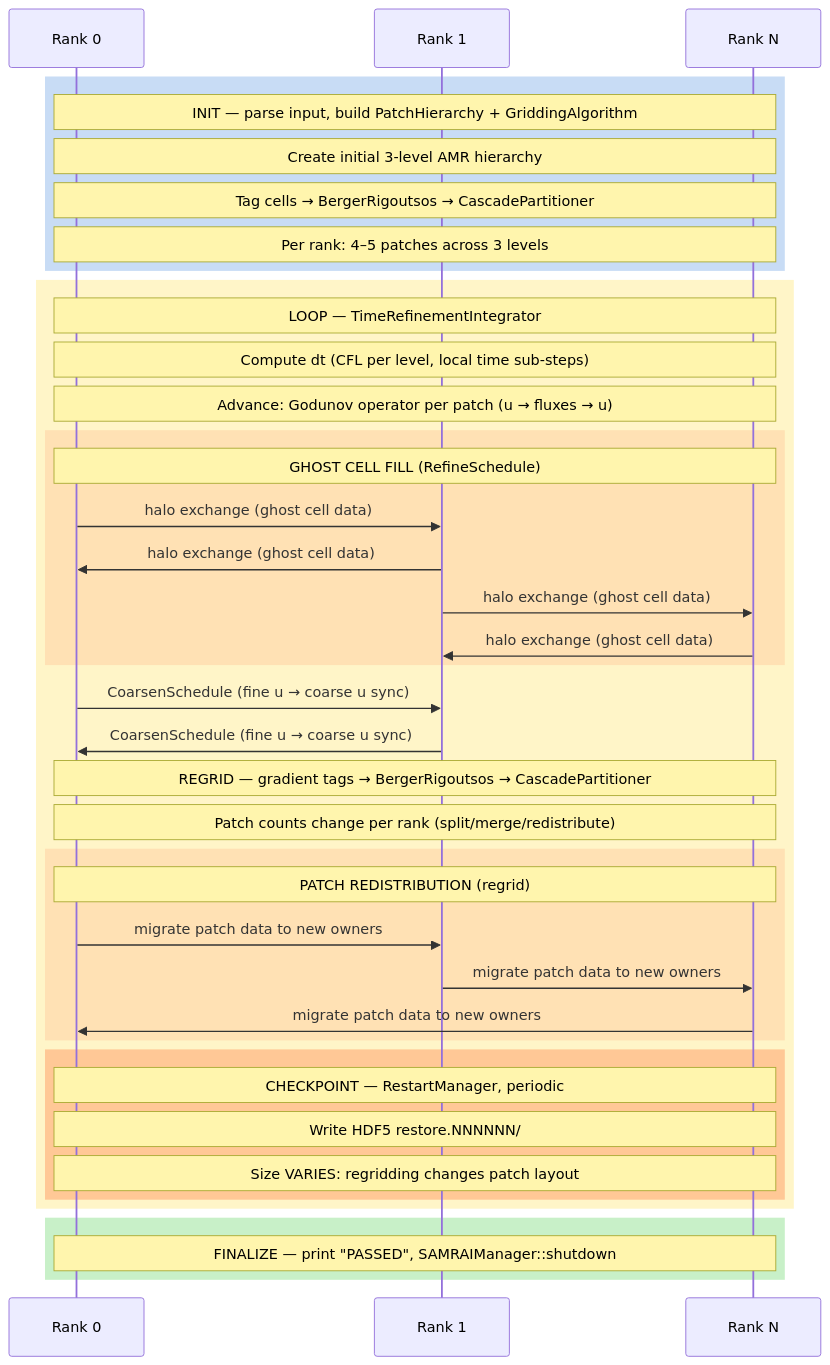
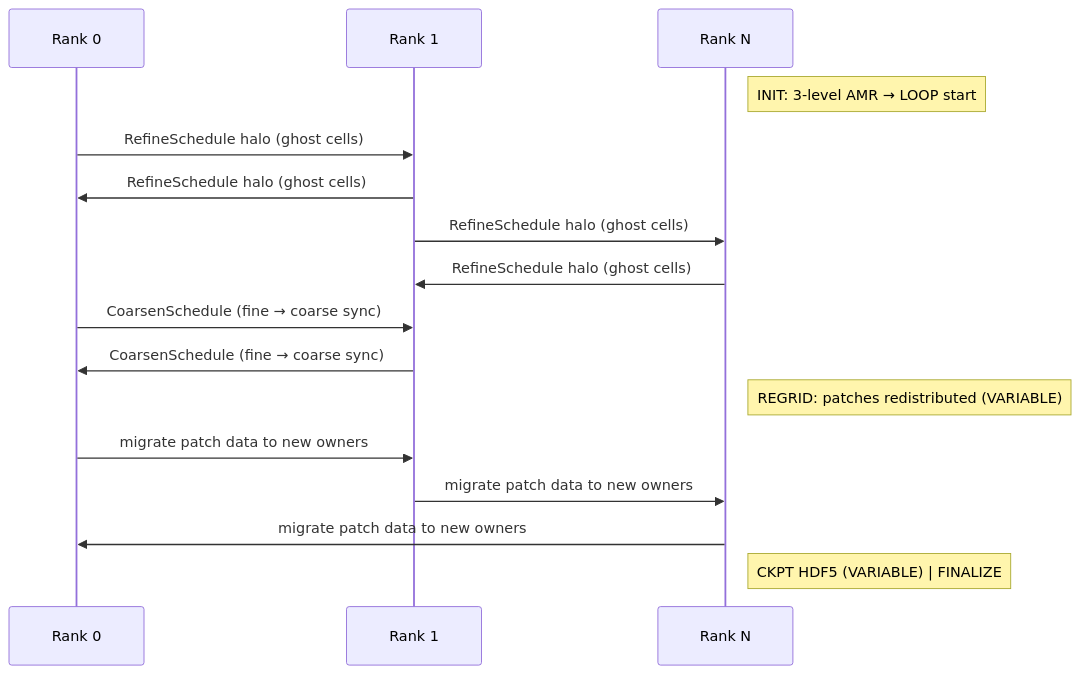
One commit to ngduchai/guard-agent changed the third of 3 diagrams in tests/apps/docs/SAMRAI/README.md. Above: the diagram before and after it, drawn with Mermaid. The commit also changed other lines of this file and 43 other files, not shown here.

````diff
--- a/tests/apps/docs/SAMRAI/README.md
+++ b/tests/apps/docs/SAMRAI/README.md
@@ -111,50 +110,19 @@
 ```mermaid
 sequenceDiagram
     participant R0 as Rank 0
     participant R1 as Rank 1
     participant RN as Rank N
 
-    rect rgb(200, 220, 245)
-        Note over R0,RN: INIT — parse input, build PatchHierarchy + GriddingAlgorithm
-        Note over R0,RN: Create initial 3-level AMR hierarchy
-        Note over R0,RN: Tag cells → BergerRigoutsos → CascadePartitioner
-        Note over R0,RN: Per rank: 4–5 patches across 3 levels
-    end
-
-    rect rgb(255, 245, 200)
-        Note over R0,RN: LOOP — TimeRefinementIntegrator
-        Note over R0,RN: Compute dt (CFL per level, local time sub-steps)
-        Note over R0,RN: Advance: Godunov operator per patch (u → fluxes → u)
-
-        rect rgb(255, 225, 180)
-            Note over R0,RN: GHOST CELL FILL (RefineSchedule)
-            R0->>R1: halo exchange (ghost cell data)
-            R1->>R0: halo exchange (ghost cell data)
-            R1->>RN: halo exchange (ghost cell data)
-            RN->>R1: halo exchange (ghost cell data)
-        end
-
-        R0->>R1: CoarsenSchedule (fine u → coarse u sync)
-        R1->>R0: CoarsenSchedule (fine u → coarse u sync)
-
-        Note over R0,RN: REGRID — gradient tags → BergerRigoutsos → CascadePartitioner
-        Note over R0,RN: Patch counts change per rank (split/merge/redistribute)
-
-        rect rgb(255, 225, 180)
-            Note over R0,RN: PATCH REDISTRIBUTION (regrid)
-            R0->>R1: migrate patch data to new owners
-            R1->>RN: migrate patch data to new owners
-            RN->>R0: migrate patch data to new owners
-        end
-
-        rect rgb(255, 200, 150)
-            Note over R0,RN: CHECKPOINT — RestartManager, periodic
-            Note over R0,RN: Write HDF5 restore.NNNNNN/
-            Note over R0,RN: Size VARIES: regridding changes patch layout
-        end
-    end
-
-    rect rgb(200, 240, 200)
-        Note over R0,RN: FINALIZE — print "PASSED", SAMRAIManager::shutdown
-    end
+    Note right of RN: INIT: 3-level AMR → LOOP start
+    R0->>R1: RefineSchedule halo (ghost cells)
+    R1->>R0: RefineSchedule halo (ghost cells)
+    R1->>RN: RefineSchedule halo (ghost cells)
+    RN->>R1: RefineSchedule halo (ghost cells)
+    R0->>R1: CoarsenSchedule (fine → coarse sync)
+    R1->>R0: CoarsenSchedule (fine → coarse sync)
+    Note right of RN: REGRID: patches redistributed (VARIABLE)
+    R0->>R1: migrate patch data to new owners
+    R1->>RN: migrate patch data to new owners
+    RN->>R0: migrate patch data to new owners
+    Note right of RN: CKPT HDF5 (VARIABLE) | FINALIZE
 ```
````
